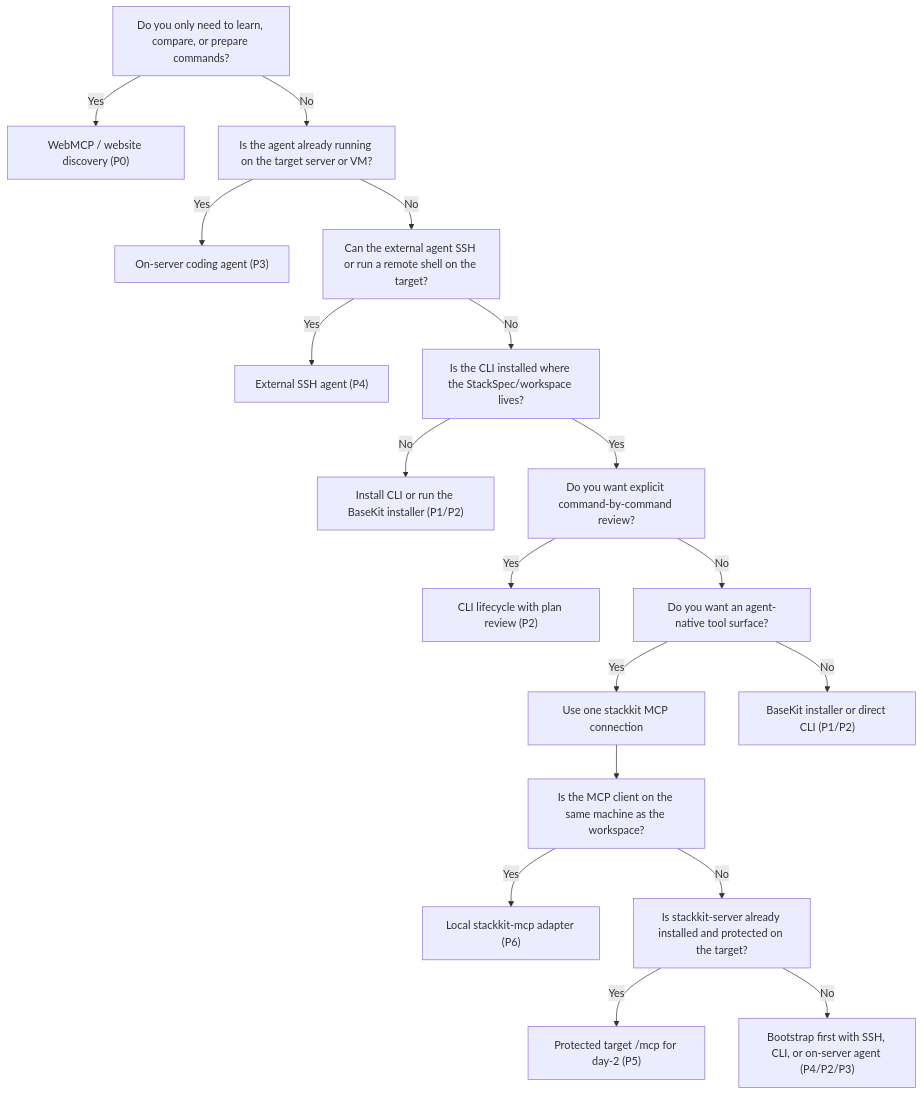
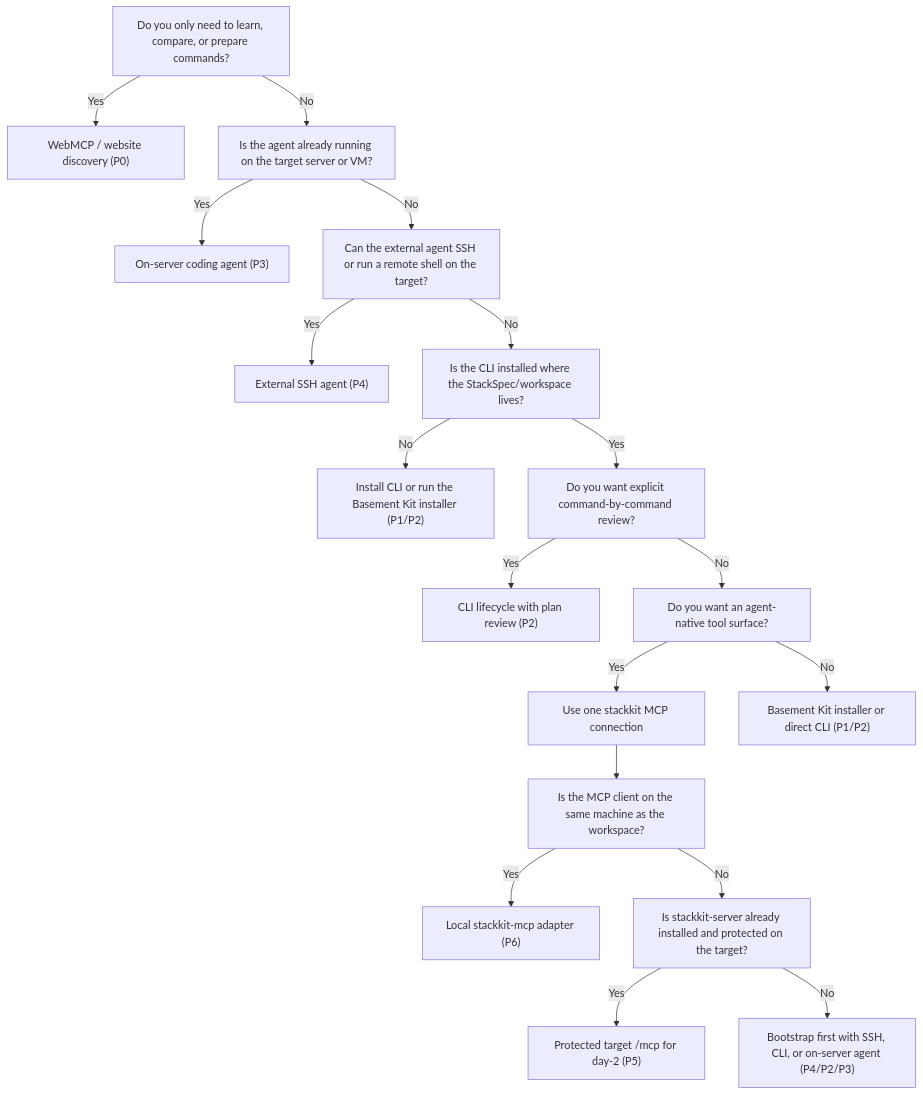
The diagram in docs/INSTALLATION_PROCESSES.md (kombifyio/StackKits), drawn with Mermaid before and after one commit. The commit also changed other lines of this file and 179 other files, not shown here.

````diff
--- a/docs/INSTALLATION_PROCESSES.md
+++ b/docs/INSTALLATION_PROCESSES.md
@@ -315,20 +315,20 @@
 ```mermaid
 flowchart TD
   A["Do you only need to learn, compare, or prepare commands?"] -->|Yes| P0["WebMCP / website discovery (P0)"]
   A -->|No| B["Is the agent already running on the target server or VM?"]
   B -->|Yes| P3["On-server coding agent (P3)"]
   B -->|No| C["Can the external agent SSH or run a remote shell on the target?"]
   C -->|Yes| P4["External SSH agent (P4)"]
   C -->|No| D["Is the CLI installed where the StackSpec/workspace lives?"]
-  D -->|No| P1["Install CLI or run the BaseKit installer (P1/P2)"]
+  D -->|No| P1["Install CLI or run the Basement Kit installer (P1/P2)"]
   D -->|Yes| E["Do you want explicit command-by-command review?"]
   E -->|Yes| P2["CLI lifecycle with plan review (P2)"]
   E -->|No| F["Do you want an agent-native tool surface?"]
   F -->|Yes| G["Use one stackkit MCP connection"]
-  F -->|No| P1b["BaseKit installer or direct CLI (P1/P2)"]
+  F -->|No| P1b["Basement Kit installer or direct CLI (P1/P2)"]
   G --> H["Is the MCP client on the same machine as the workspace?"]
   H -->|Yes| P6["Local stackkit-mcp adapter (P6)"]
   H -->|No| I["Is stackkit-server already installed and protected on the target?"]
   I -->|Yes| P5["Protected target /mcp for day-2 (P5)"]
   I -->|No| P4b["Bootstrap first with SSH, CLI, or on-server agent (P4/P2/P3)"]
 ```
````
